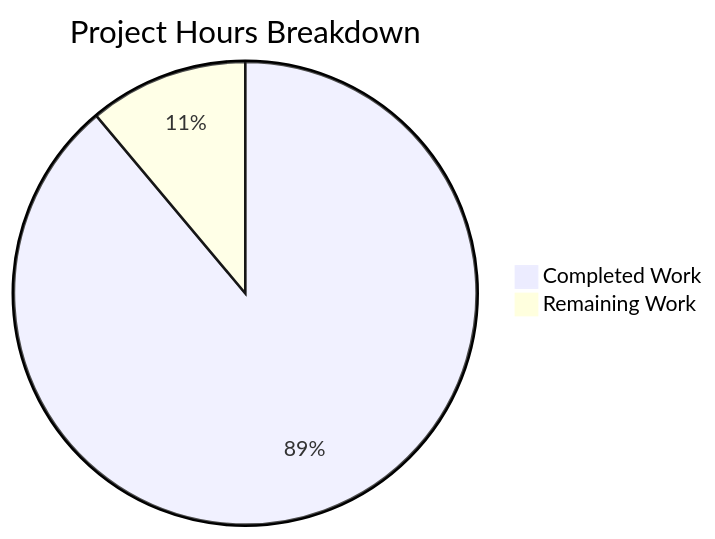
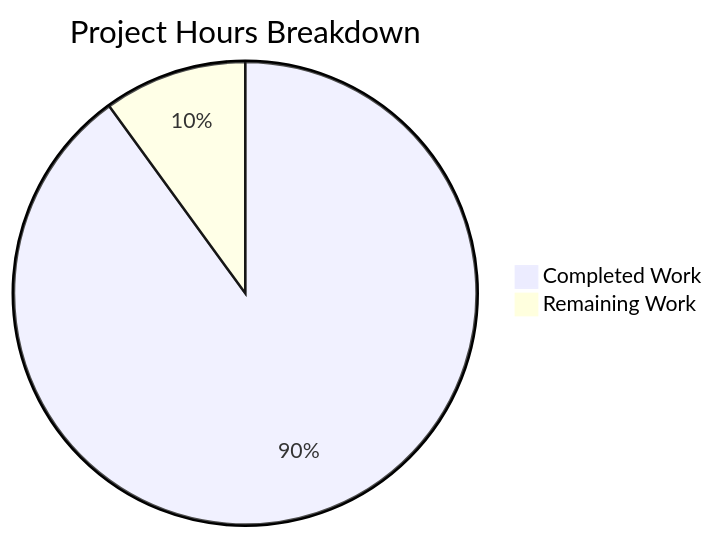
Before and after one commit to blitzy-build-in-public/bip-np6--email-notifications-a473e849: the second of 2 diagrams in blitzy/documentation/Project Guide - 98546d67-bcbc-496e-8350-5416485dd5ef.md, drawn with Mermaid. The commit also changed other lines of this file, not shown here.

````diff
--- a/blitzy/documentation/Project Guide - 98546d67-bcbc-496e-8350-5416485dd5ef.md
+++ b/blitzy/documentation/Project Guide - 98546d67-bcbc-496e-8350-5416485dd5ef.md
@@ -181,5 +188,5 @@
 ```mermaid
 pie title Project Hours Breakdown
-    "Completed Work" : 8
+    "Completed Work" : 9
     "Remaining Work" : 1
 ```
````
